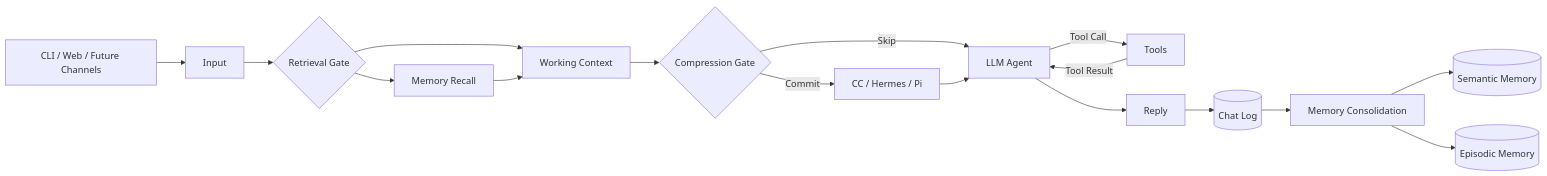
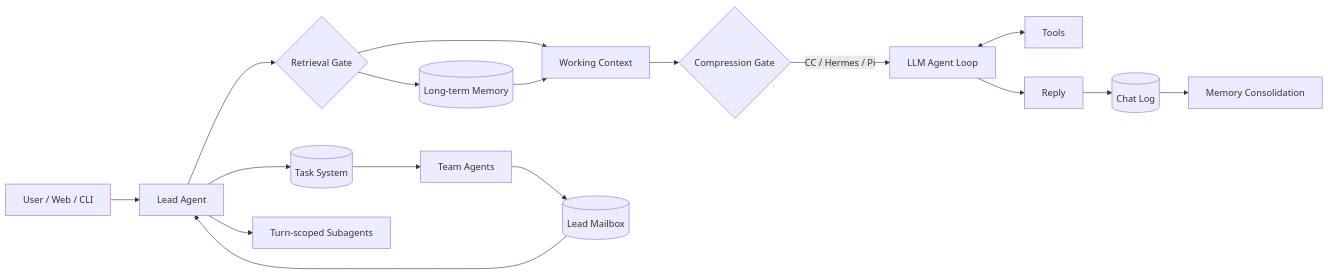
Before and after one commit to zzjzzjzzj423/gugugaga-Agent: the diagram in README.md, drawn with Mermaid. The commit also changed other lines of this file and 16 other files, not shown here.

````diff
--- a/README.md
+++ b/README.md
@@ -31,19 +29,20 @@
 ```mermaid
 flowchart LR
-    U[CLI / Web / Future Channels] --> I[Input]
-    I --> R{Retrieval Gate}
-    R --> M[Memory Recall]
+    U[User / Web / CLI] --> L[Lead Agent]
+    L --> R{Retrieval Gate}
+    R --> M[(Long-term Memory)]
     R --> C[Working Context]
     M --> C
-    C --> G{Compression Gate}
-    G -->|Skip| A[LLM Agent]
-    G -->|Commit| X[CC / Hermes / Pi]
-    X --> A
-    A -->|Tool Call| T[Tools]
-    T -->|Tool Result| A
+    C --> X{Compression Gate}
+    X -->|CC / Hermes / Pi| A[LLM Agent Loop]
+    A <--> T[Tools]
     A --> O[Reply]
-    O --> L[(Chat Log)]
-    L --> N[Memory Consolidation]
-    N --> S[(Semantic Memory)]
-    N --> E[(Episodic Memory)]
+    O --> H[(Chat Log)]
+    H --> K[Memory Consolidation]
+
+    L --> TS[(Task System)]
+    TS --> TA[Team Agents]
+    TA --> MB[(Lead Mailbox)]
+    MB --> L
+    L --> SA[Turn-scoped Subagents]
 ```
````
